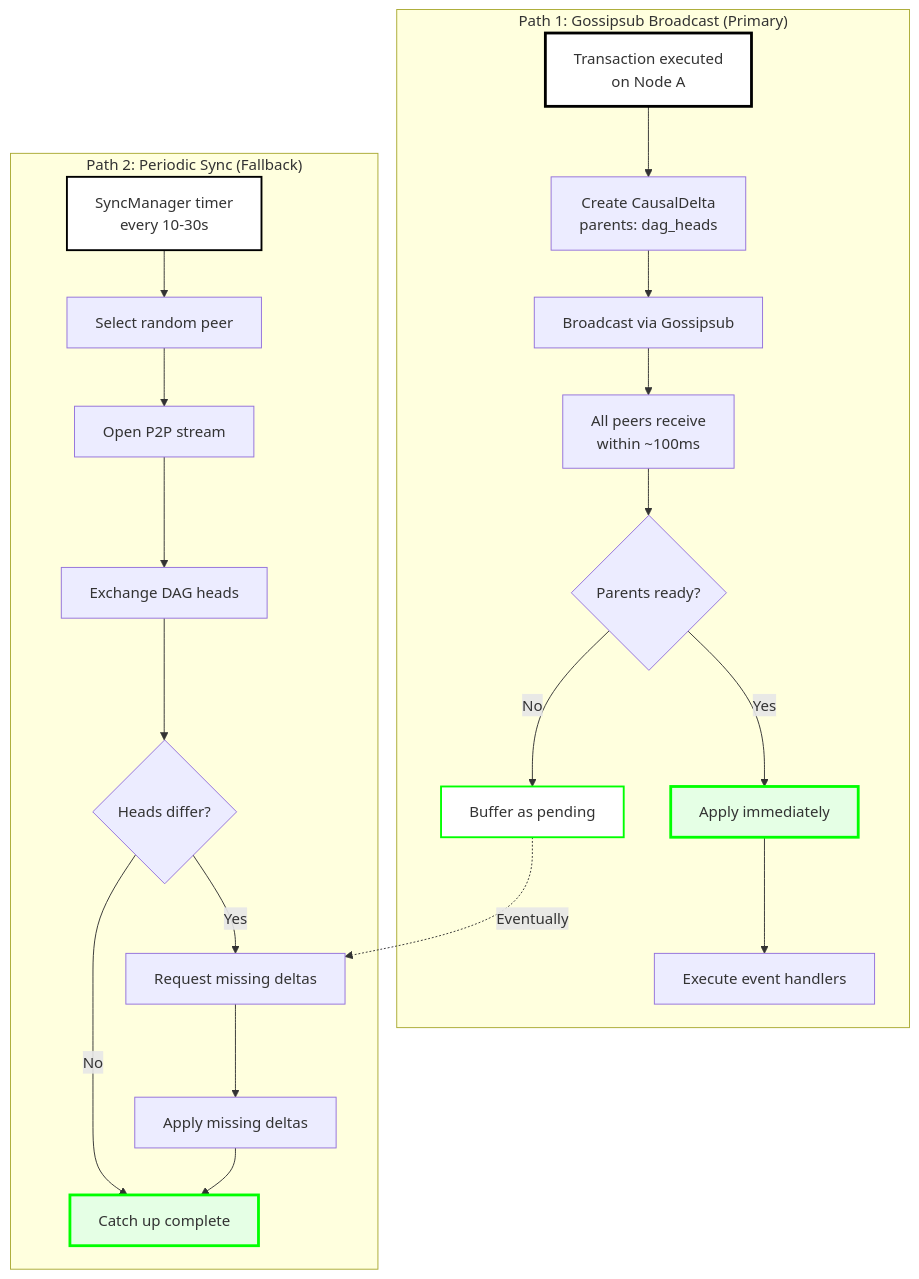
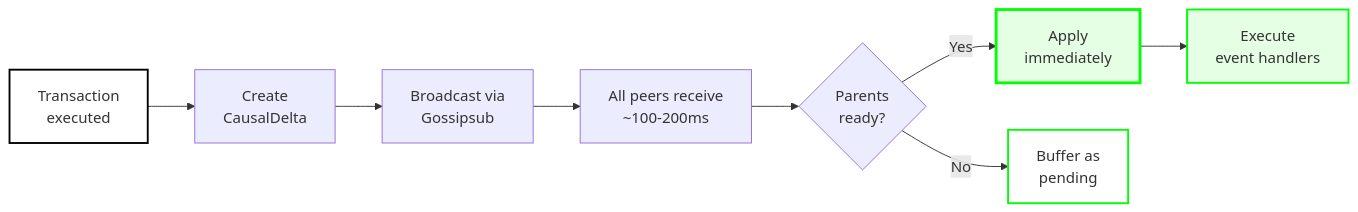
Before and after one commit to calimero-network/docs: the fourth of 7 diagrams in docs/core-concepts/architecture.md, drawn with Mermaid. The commit also changed other lines of this file and 9 other files, not shown here.

First line of the commit message:
docs: Simplify diagrams and make pages more concise

````diff
--- a/docs/core-concepts/architecture.md
+++ b/docs/core-concepts/architecture.md
@@ -87,40 +69,15 @@
 ```mermaid
-flowchart TB
-    subgraph "Path 1: Gossipsub Broadcast (Primary)"
-        G1[Transaction executed<br/>on Node A]
-        G2[Create CausalDelta<br/>parents: dag_heads]
-        G3[Broadcast via Gossipsub]
-        G4[All peers receive<br/>within ~100ms]
-        G5{Parents ready?}
-        G6A[Apply immediately]
-        G6B[Buffer as pending]
-        G7[Execute event handlers]
-        
-        G1 --> G2 --> G3 --> G4 --> G5
-        G5 -->|Yes| G6A --> G7
-        G5 -->|No| G6B
-    end
+flowchart LR
+    A[Transaction<br/>executed] --> B[Create<br/>CausalDelta]
+    B --> C[Broadcast via<br/>Gossipsub]
+    C --> D[All peers receive<br/>~100-200ms]
+    D --> E{Parents<br/>ready?}
+    E -->|Yes| F[Apply<br/>immediately]
+    E -->|No| G[Buffer as<br/>pending]
+    F --> H[Execute<br/>event handlers]
     
-    subgraph "Path 2: Periodic Sync (Fallback)"
-        P1[SyncManager timer<br/>every 10-30s]
-        P2[Select random peer]
-        P3[Open P2P stream]
-        P4[Exchange DAG heads]
-        P5{Heads differ?}
-        P6[Request missing deltas]
-        P7[Apply missing deltas]
-        P8[Catch up complete]
-        
-        P1 --> P2 --> P3 --> P4 --> P5
-        P5 -->|Yes| P6 --> P7 --> P8
-        P5 -->|No| P8
-    end
-    
-    G6B -.->|Eventually| P6
-    
-    style G1 fill:#ffffff,stroke:#000000,stroke-width:3px
-    style G6A fill:#e5ffe5,stroke:#00ff00,stroke-width:3px
-    style G6B fill:#ffffff,stroke:#00ff00,stroke-width:2px
-    style P1 fill:#ffffff,stroke:#000000,stroke-width:2px
-    style P8 fill:#e5ffe5,stroke:#00ff00,stroke-width:3px
+    style A fill:#ffffff,stroke:#000000,stroke-width:2px
+    style F fill:#e5ffe5,stroke:#00ff00,stroke-width:3px
+    style H fill:#e5ffe5,stroke:#00ff00,stroke-width:2px
+    style G fill:#ffffff,stroke:#00ff00,stroke-width:2px
 ```
````
